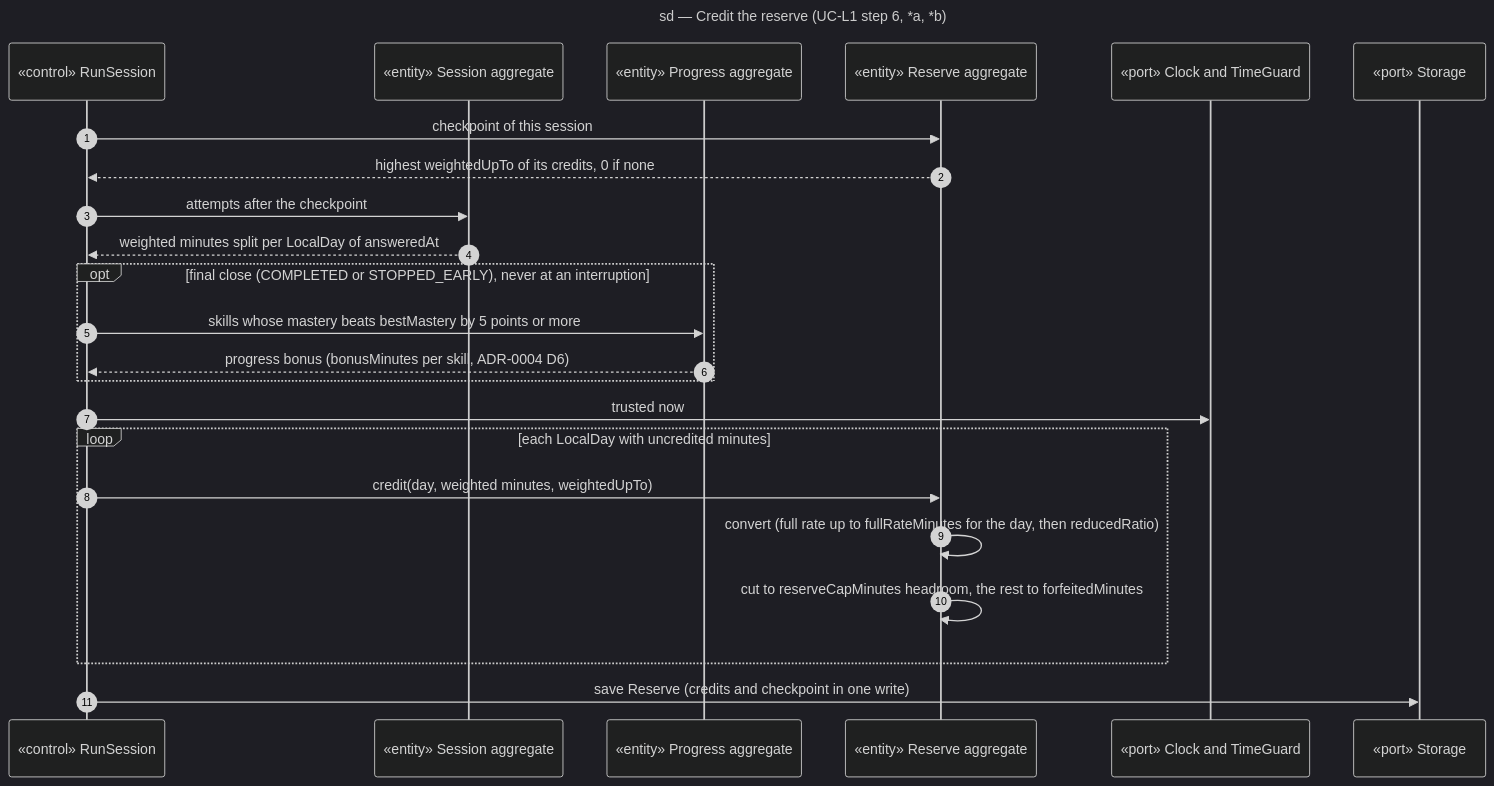
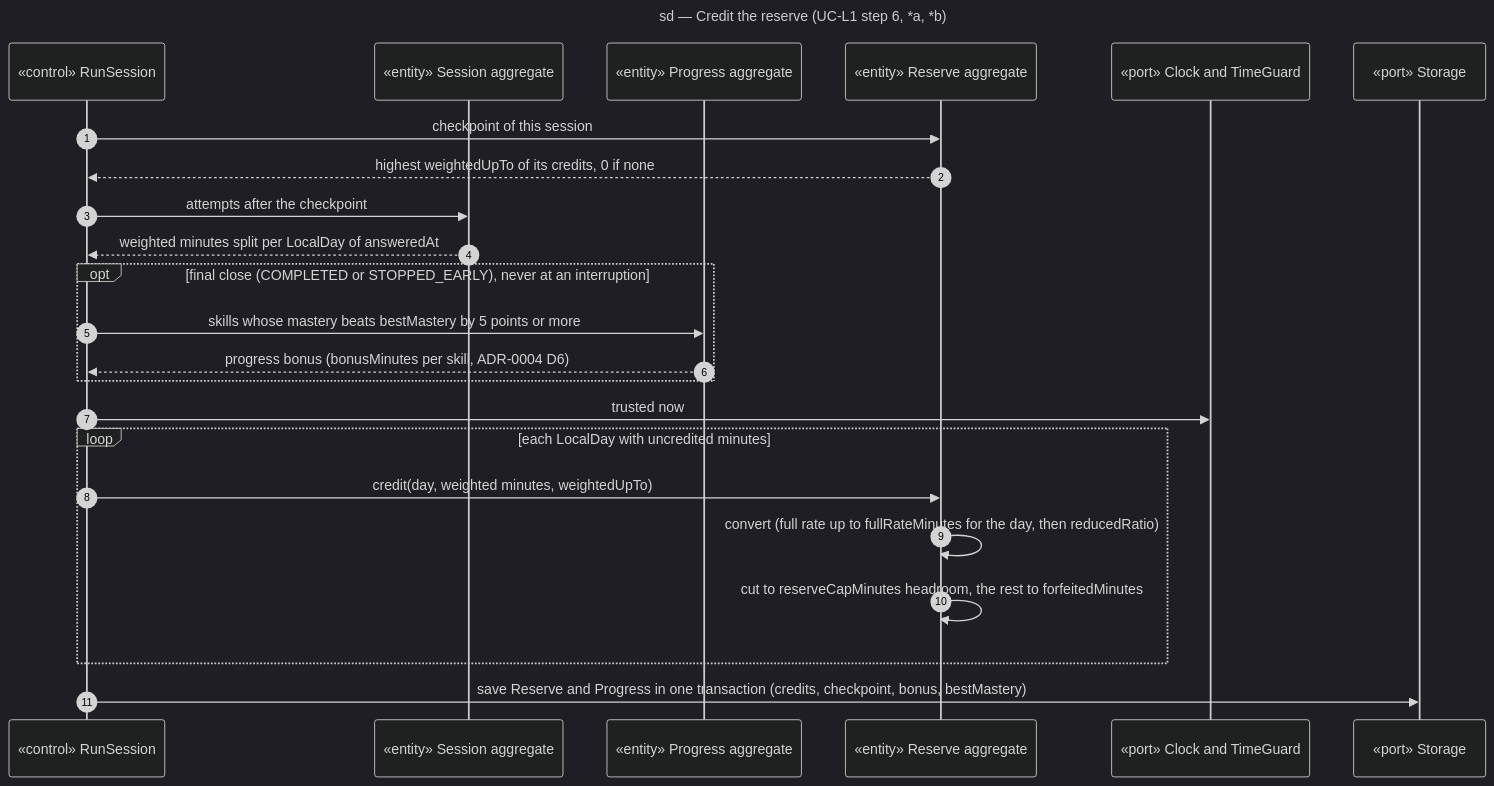
The diagram in docs/architecture/diagrams/learning/05-sequence-crediting.md (benoit-bremaud/learn-to-earn), drawn with Mermaid (dark theme) before and after one commit. The commit also changed other lines of this file and 8 other files, not shown here.

````diff
--- a/docs/architecture/diagrams/learning/05-sequence-crediting.md
+++ b/docs/architecture/diagrams/learning/05-sequence-crediting.md
@@ -14,27 +14,27 @@
 ```mermaid
 sequenceDiagram
   title sd — Credit the reserve (UC-L1 step 6, *a, *b)
   autonumber
   participant Ctl as «control» RunSession
   participant Practice as «entity» Session aggregate
   participant Progress as «entity» Progress aggregate
   participant Reserve as «entity» Reserve aggregate
   participant Clock as «port» Clock and TimeGuard
   participant Store as «port» Storage
 
   Ctl->>Reserve: checkpoint of this session
   Reserve-->>Ctl: highest weightedUpTo of its credits, 0 if none
   Ctl->>Practice: attempts after the checkpoint
   Practice-->>Ctl: weighted minutes split per LocalDay of answeredAt
   opt final close (COMPLETED or STOPPED_EARLY), never at an interruption
     Ctl->>Progress: skills whose mastery beats bestMastery by 5 points or more
     Progress-->>Ctl: progress bonus (bonusMinutes per skill, ADR-0004 D6)
   end
   Ctl->>Clock: trusted now
   loop each LocalDay with uncredited minutes
     Ctl->>Reserve: credit(day, weighted minutes, weightedUpTo)
     Reserve->>Reserve: convert (full rate up to fullRateMinutes for the day, then reducedRatio)
     Reserve->>Reserve: cut to reserveCapMinutes headroom, the rest to forfeitedMinutes
   end
-  Ctl->>Store: save Reserve (credits and checkpoint in one write)
+  Ctl->>Store: save Reserve and Progress in one transaction (credits, checkpoint, bonus, bestMastery)
 ```
````
